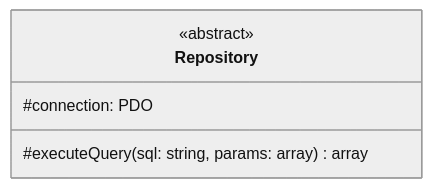
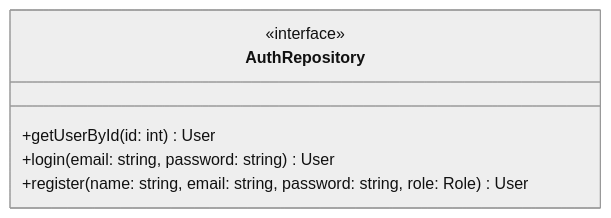
One commit to mb4dev/progetto-prova changed the first of 7 diagrams in consegna docu/architettura_base/Repository.md. Above: the diagram before and after it, drawn with Mermaid (neutral theme). The commit also changed other lines of this file and 6 other files, not shown here.

````diff
--- a/consegna docu/architettura_base/Repository.md
+++ b/consegna docu/architettura_base/Repository.md
@@ -11,8 +13,9 @@
 ```mermaid
 classDiagram
-class Repository {
-    <<abstract>>
-    #connection: PDO
-    #executeQuery(sql: string, params: array) array
+class AuthRepository {
+    <<interface>>
+    +getUserById(id: int) User
+    +login(email: string, password: string) User
+    +register(name: string, email: string, password: string, role: Role) User
 }
 ```
````
